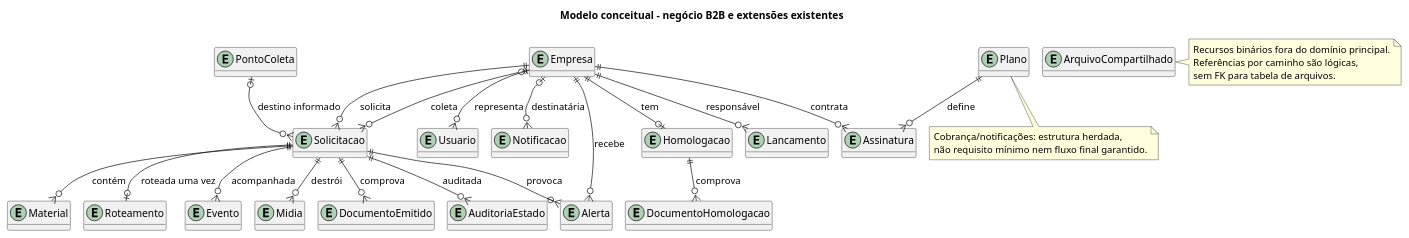
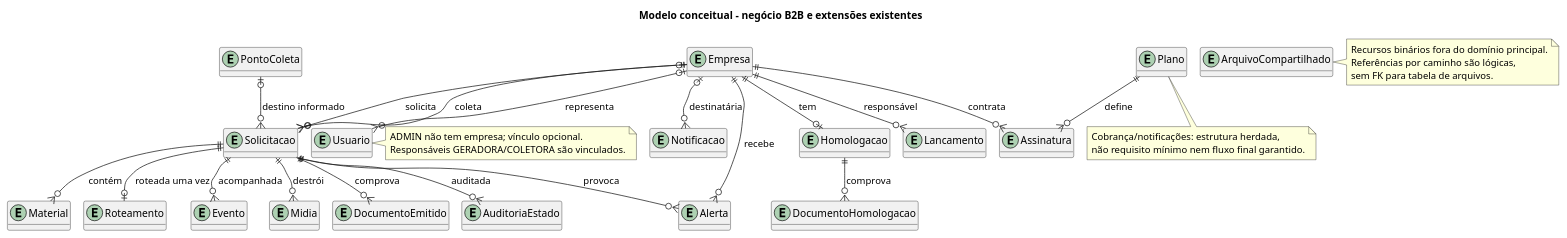
One commit to mmsxdev/plataforma-ewaste changed the diagram in docs/uml/der-conceitual.puml. Above: the diagram before and after it, drawn with PlantUML. The commit also changed 40 other files, not shown here.

```diff
--- a/docs/uml/der-conceitual.puml
+++ b/docs/uml/der-conceitual.puml
@@ -1,50 +1,54 @@
 @startuml
 !pragma layout smetana
 title Modelo conceitual - negócio B2B e extensões existentes
 hide methods
 entity Empresa
 entity Usuario
+note right of Usuario
+ADMIN não tem empresa; vínculo opcional.
+Responsáveis GERADORA/COLETORA são vinculados.
+end note
 entity Homologacao
 entity DocumentoHomologacao
 entity Solicitacao
 entity Material
 entity PontoColeta
 entity Alerta
 entity Roteamento
 entity Evento
 entity Midia
 entity DocumentoEmitido
 entity Notificacao
 entity Plano
 entity Assinatura
 entity Lancamento
 entity ArquivoCompartilhado
 entity AuditoriaEstado
-Empresa ||--o{ Usuario : representa
+Empresa |o--o{ Usuario : representa
 Empresa ||--o| Homologacao : tem
 Homologacao ||--o{ DocumentoHomologacao : comprova
 Empresa ||--o{ Solicitacao : solicita
 Empresa |o--o{ Solicitacao : coleta
 PontoColeta |o--o{ Solicitacao : destino informado
 Solicitacao ||--o{ Material : contém
 Solicitacao ||--o{ Alerta : provoca
 Empresa ||--o{ Alerta : recebe
 Solicitacao ||--o| Roteamento : roteada uma vez
 Solicitacao ||--o{ Evento : acompanhada
 Solicitacao ||--o{ Midia : destrói
 Solicitacao ||--o{ DocumentoEmitido : comprova
 Solicitacao ||--o{ AuditoriaEstado : auditada
 Empresa |o--o{ Notificacao : destinatária
 Empresa ||--o{ Assinatura : contrata
 Plano ||--o{ Assinatura : define
 Empresa ||--o{ Lancamento : responsável
 note right of ArquivoCompartilhado
 Recursos binários fora do domínio principal.
 Referências por caminho são lógicas,
 sem FK para tabela de arquivos.
 end note
 note bottom of Plano
 Cobrança/notificações: estrutura herdada,
 não requisito mínimo nem fluxo final garantido.
 end note
 @enduml
```
